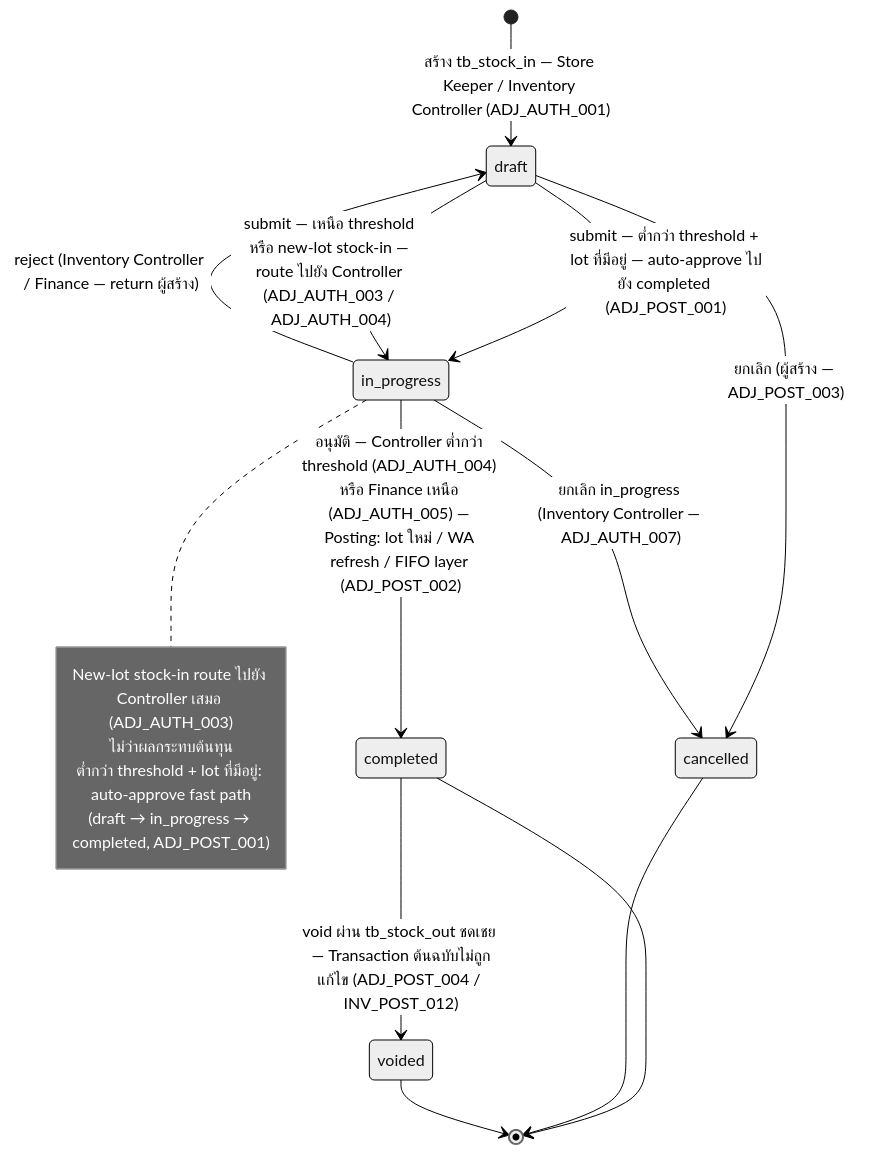
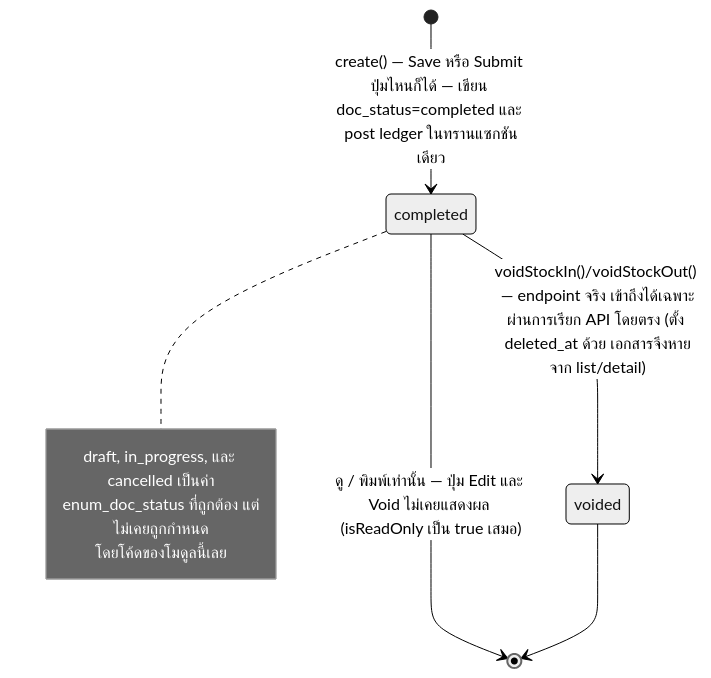
The diagram in th/inventory/inventory-adjustment/03-user-flow.md (CarmenSoftware-organization/carmen-wiki), drawn with Mermaid (neutral theme) before and after one commit. The commit also changed other lines of this file and 30 other files, not shown here.

````diff
--- a/th/inventory/inventory-adjustment/03-user-flow.md
+++ b/th/inventory/inventory-adjustment/03-user-flow.md
@@ -32,21 +26,13 @@
 ```mermaid
 stateDiagram-v2
-    [*] --> draft : สร้าง tb_stock_in — Store Keeper / Inventory Controller (ADJ_AUTH_001)
-    draft --> in_progress : submit — ต่ำกว่า threshold + lot ที่มีอยู่ — auto-approve ไปยัง completed (ADJ_POST_001)
-    draft --> in_progress : submit — เหนือ threshold หรือ new-lot stock-in — route ไปยัง Controller (ADJ_AUTH_003 / ADJ_AUTH_004)
-    draft --> cancelled : ยกเลิก (ผู้สร้าง — ADJ_POST_003)
-    in_progress --> completed : อนุมัติ — Controller ต่ำกว่า threshold (ADJ_AUTH_004) หรือ Finance เหนือ (ADJ_AUTH_005) — Posting: lot ใหม่ / WA refresh / FIFO layer (ADJ_POST_002)
-    in_progress --> draft : reject (Inventory Controller / Finance — return ผู้สร้าง)
-    in_progress --> cancelled : ยกเลิก in_progress (Inventory Controller — ADJ_AUTH_007)
-    completed --> voided : void ผ่าน tb_stock_out ชดเชย — Transaction ต้นฉบับไม่ถูกแก้ไข (ADJ_POST_004 / INV_POST_012)
-    completed --> [*]
-    cancelled --> [*]
+    [*] --> completed : create() — Save หรือ Submit ปุ่มไหนก็ได้ — เขียน doc_status=completed และ post ledger ในทรานแซกชันเดียว
+    completed --> [*] : ดู / พิมพ์เท่านั้น — ปุ่ม Edit และ Void ไม่เคยแสดงผล (isReadOnly เป็น true เสมอ)
+    completed --> voided : voidStockIn()/voidStockOut() — endpoint จริง เข้าถึงได้เฉพาะผ่านการเรียก API โดยตรง (ตั้ง deleted_at ด้วย เอกสารจึงหายจาก list/detail)
     voided --> [*]
 
-    note right of in_progress
-        New-lot stock-in route ไปยัง Controller เสมอ (ADJ_AUTH_003)
-        ไม่ว่าผลกระทบต้นทุน
-        ต่ำกว่า threshold + lot ที่มีอยู่: auto-approve fast path
-        (draft → in_progress → completed, ADJ_POST_001)
+    note right of completed
+        draft, in_progress, และ cancelled เป็นค่า
+        enum_doc_status ที่ถูกต้อง แต่ไม่เคยถูกกำหนด
+        โดยโค้ดของโมดูลนี้เลย
     end note
 ```
````
